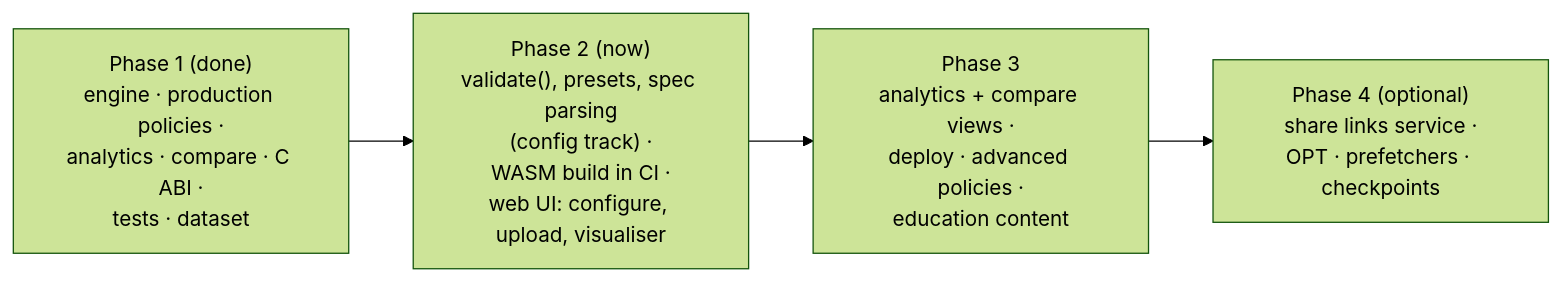
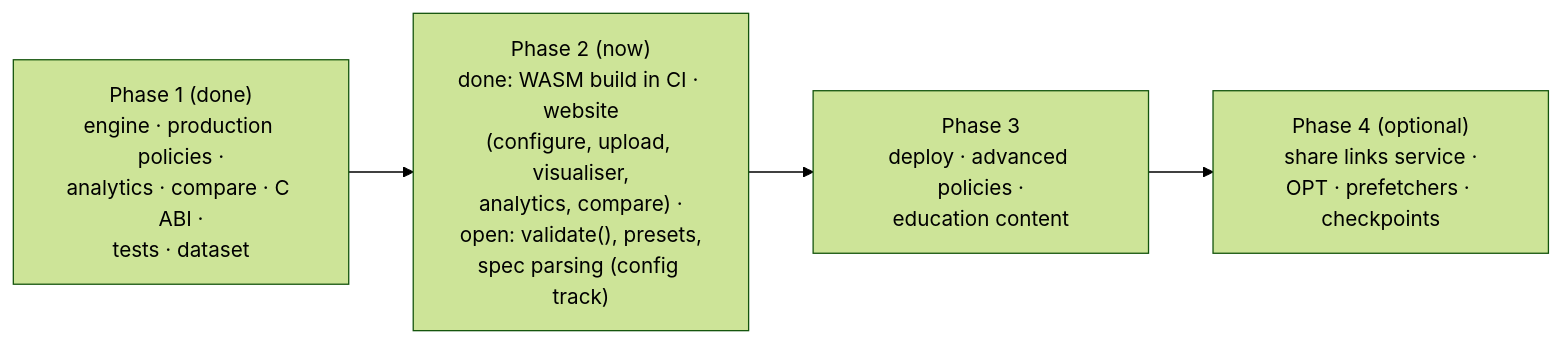
Before and after one commit to avicado-codes/CacheSim: diagram 11 of 11 in docs/ARCHITECTURE.md, drawn with Mermaid (forest theme). The commit also changed other lines of this file and 5 other files, not shown here.

Commit message:
docs(docs): mark the website and WASM build as implemented across docs/

````diff
--- a/docs/ARCHITECTURE.md
+++ b/docs/ARCHITECTURE.md
@@ -711,6 +711,6 @@
 ```mermaid
 flowchart LR
-    P1["Phase 1 (done)<br/>engine · production policies ·<br/>analytics · compare · C ABI ·<br/>tests · dataset"] --> P2["Phase 2 (now)<br/>validate(), presets, spec parsing<br/>(config track) ·<br/>WASM build in CI ·<br/>web UI: configure, upload, visualiser"]
-    P2 --> P3["Phase 3<br/>analytics + compare views ·<br/>deploy · advanced policies ·<br/>education content"]
+    P1["Phase 1 (done)<br/>engine · production policies ·<br/>analytics · compare · C ABI ·<br/>tests · dataset"] --> P2["Phase 2 (now)<br/>done: WASM build in CI · website<br/>(configure, upload, visualiser,<br/>analytics, compare) ·<br/>open: validate(), presets,<br/>spec parsing (config track)"]
+    P2 --> P3["Phase 3<br/>deploy · advanced policies ·<br/>education content"]
     P3 --> P4["Phase 4 (optional)<br/>share links service ·<br/>OPT · prefetchers · checkpoints"]
 ```
````
